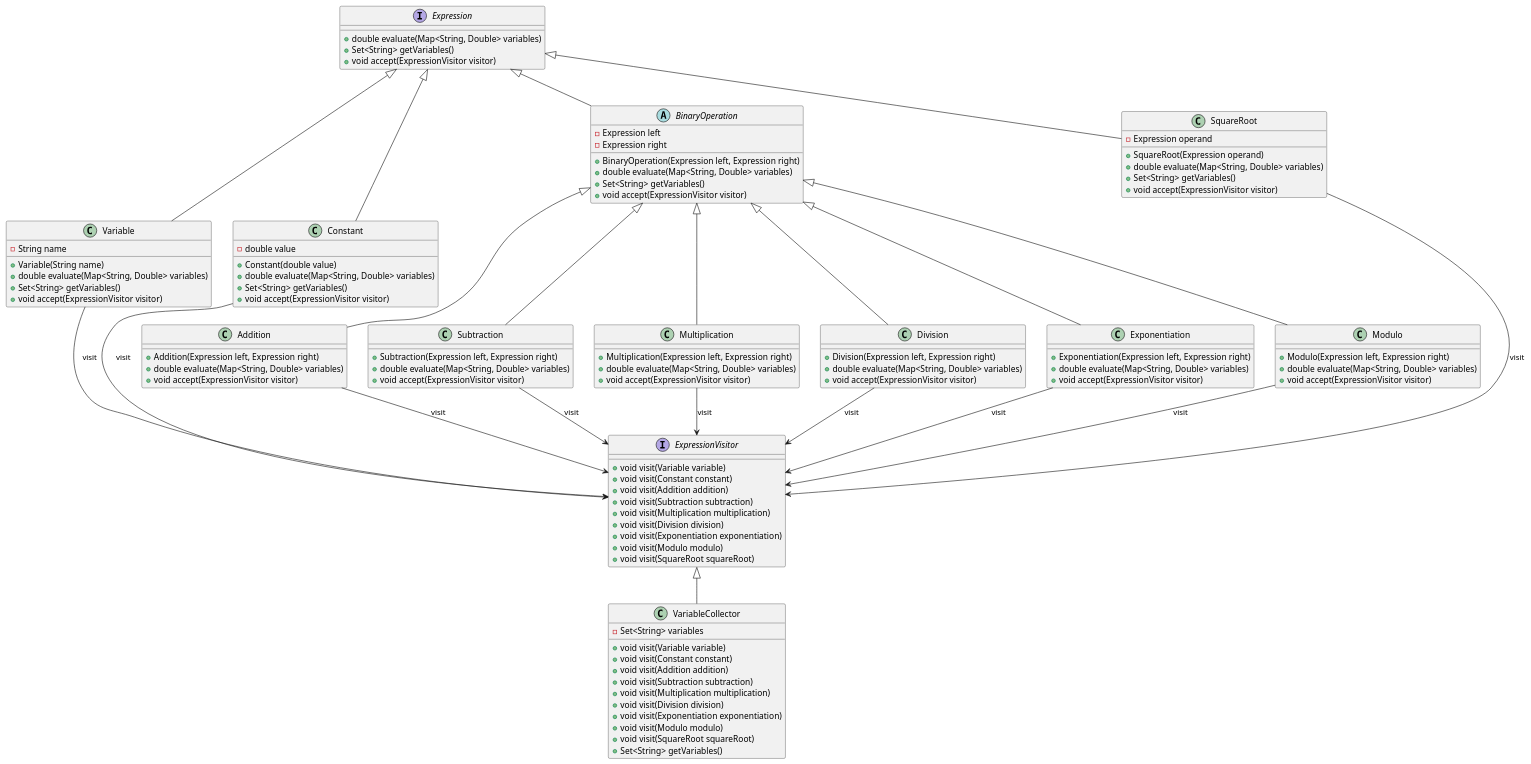
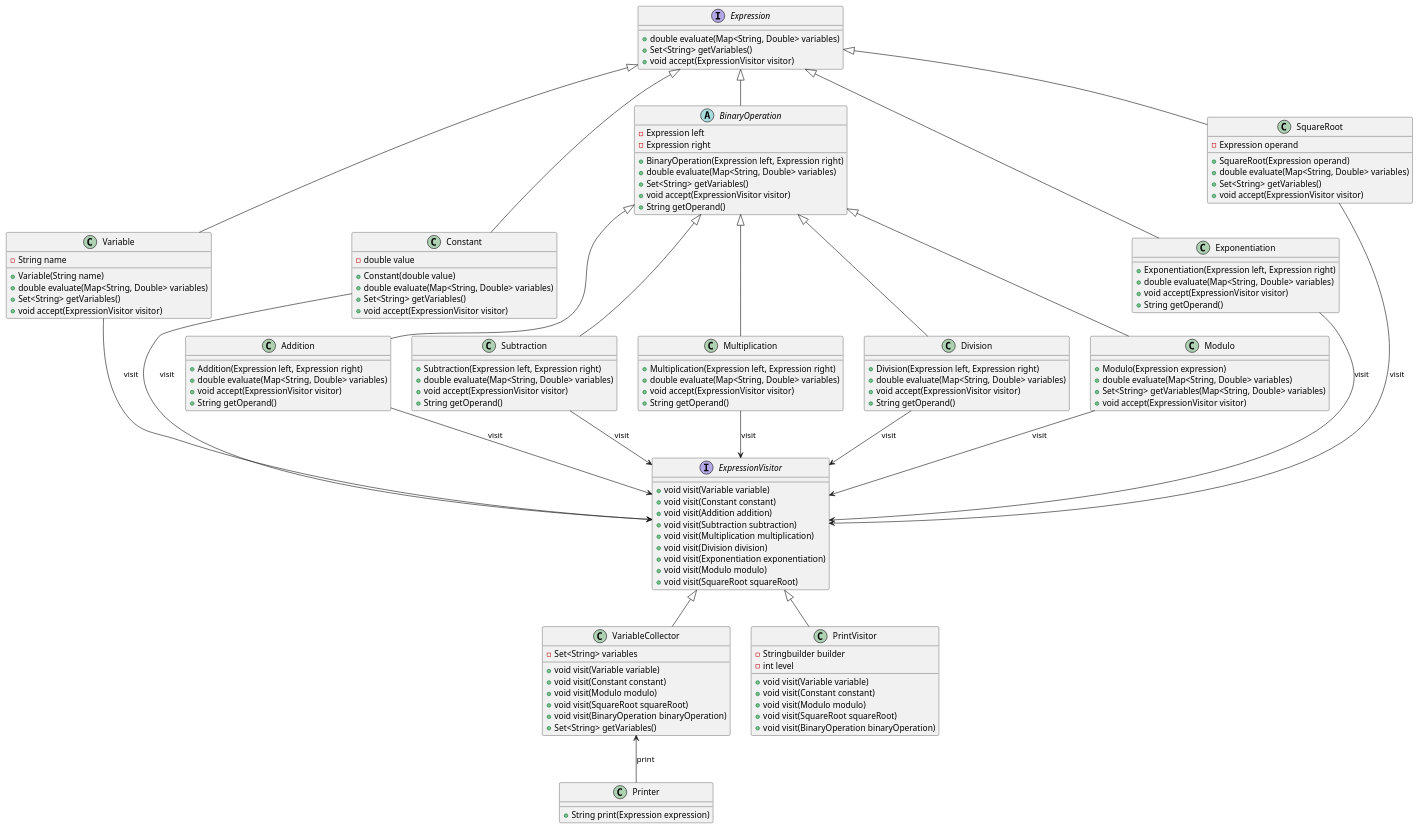
The diagram in diagrams/InitialDiagram.puml (austral-ingsis-classroom/formula-sonpipe0), drawn with PlantUML before and after one commit.

Commit message:
puml diagram update

```diff
--- a/diagrams/InitialDiagram.puml
+++ b/diagrams/InitialDiagram.puml
@@ -1,125 +1,145 @@
 @startuml
 interface Expression {
     +double evaluate(Map<String, Double> variables)
     +Set<String> getVariables()
     +void accept(ExpressionVisitor visitor)
 }
 
 class Variable {
     -String name
     +Variable(String name)
     +double evaluate(Map<String, Double> variables)
     +Set<String> getVariables()
     +void accept(ExpressionVisitor visitor)
 }
 
 class Constant {
     -double value
     +Constant(double value)
     +double evaluate(Map<String, Double> variables)
     +Set<String> getVariables()
     +void accept(ExpressionVisitor visitor)
 }
 
 abstract class BinaryOperation {
     -Expression left
     -Expression right
     +BinaryOperation(Expression left, Expression right)
     +double evaluate(Map<String, Double> variables)
     +Set<String> getVariables()
     +void accept(ExpressionVisitor visitor)
+    +String getOperand()
 }
 
 class Addition {
     +Addition(Expression left, Expression right)
     +double evaluate(Map<String, Double> variables)
     +void accept(ExpressionVisitor visitor)
+    +String getOperand()
 }
 
 class Subtraction {
     +Subtraction(Expression left, Expression right)
     +double evaluate(Map<String, Double> variables)
     +void accept(ExpressionVisitor visitor)
+    +String getOperand()
 }
 
 class Multiplication {
     +Multiplication(Expression left, Expression right)
     +double evaluate(Map<String, Double> variables)
     +void accept(ExpressionVisitor visitor)
+    +String getOperand()
 }
 
 class Division {
     +Division(Expression left, Expression right)
     +double evaluate(Map<String, Double> variables)
     +void accept(ExpressionVisitor visitor)
+    +String getOperand()
 }
 
 class Exponentiation {
     +Exponentiation(Expression left, Expression right)
     +double evaluate(Map<String, Double> variables)
     +void accept(ExpressionVisitor visitor)
+    +String getOperand()
 }
 
 class Modulo {
-    +Modulo(Expression left, Expression right)
+    +Modulo(Expression expression)
     +double evaluate(Map<String, Double> variables)
+    +Set<String> getVariables(Map<String, Double> variables)
     +void accept(ExpressionVisitor visitor)
 }
 
 class SquareRoot {
     -Expression operand
     +SquareRoot(Expression operand)
     +double evaluate(Map<String, Double> variables)
     +Set<String> getVariables()
     +void accept(ExpressionVisitor visitor)
 }
 
 interface ExpressionVisitor {
     +void visit(Variable variable)
     +void visit(Constant constant)
     +void visit(Addition addition)
     +void visit(Subtraction subtraction)
     +void visit(Multiplication multiplication)
     +void visit(Division division)
     +void visit(Exponentiation exponentiation)
     +void visit(Modulo modulo)
     +void visit(SquareRoot squareRoot)
 }
 
 class VariableCollector {
     -Set<String> variables
     +void visit(Variable variable)
     +void visit(Constant constant)
-    +void visit(Addition addition)
-    +void visit(Subtraction subtraction)
-    +void visit(Multiplication multiplication)
-    +void visit(Division division)
-    +void visit(Exponentiation exponentiation)
     +void visit(Modulo modulo)
     +void visit(SquareRoot squareRoot)
+    +void visit(BinaryOperation binaryOperation)
     +Set<String> getVariables()
+}
+
+class PrintVisitor {
+    -Stringbuilder builder
+    -int level
+    +void visit(Variable variable)
+    +void visit(Constant constant)
+    +void visit(Modulo modulo)
+    +void visit(SquareRoot squareRoot)
+    +void visit(BinaryOperation binaryOperation)
+}
+
+class Printer {
+    +String print(Expression expression)
 }
 
 Expression <|-- Variable
 Expression <|-- Constant
 Expression <|-- BinaryOperation
 BinaryOperation <|-- Addition
 BinaryOperation <|-- Subtraction
 BinaryOperation <|-- Multiplication
 BinaryOperation <|-- Division
-BinaryOperation <|-- Exponentiation
+Expression <|-- Exponentiation
 BinaryOperation <|-- Modulo
 Expression <|-- SquareRoot
 
 Variable --> ExpressionVisitor : visit
 Constant --> ExpressionVisitor : visit
 Addition --> ExpressionVisitor : visit
 Subtraction --> ExpressionVisitor : visit
 Multiplication --> ExpressionVisitor : visit
 Division --> ExpressionVisitor : visit
 Exponentiation --> ExpressionVisitor : visit
 Modulo --> ExpressionVisitor : visit
 SquareRoot --> ExpressionVisitor : visit
 
 ExpressionVisitor <|-- VariableCollector
+ExpressionVisitor <|-- PrintVisitor
+
+VariableCollector <-- Printer : print
 @enduml
```
